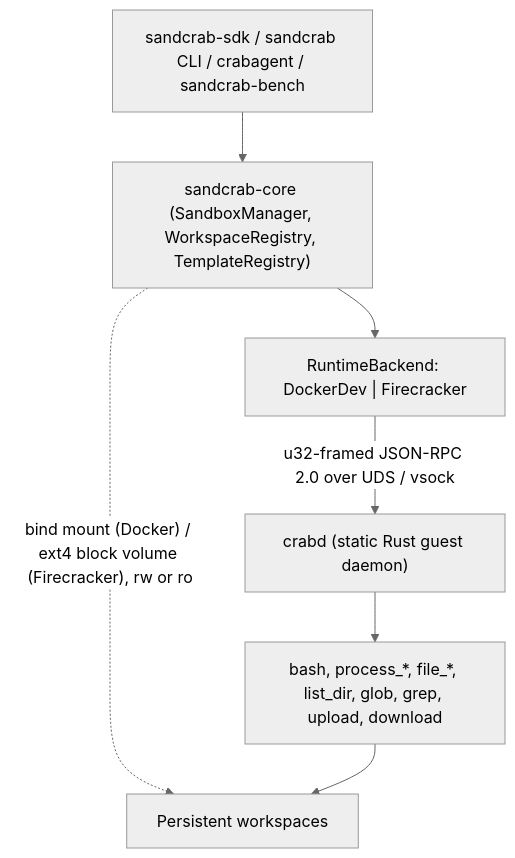
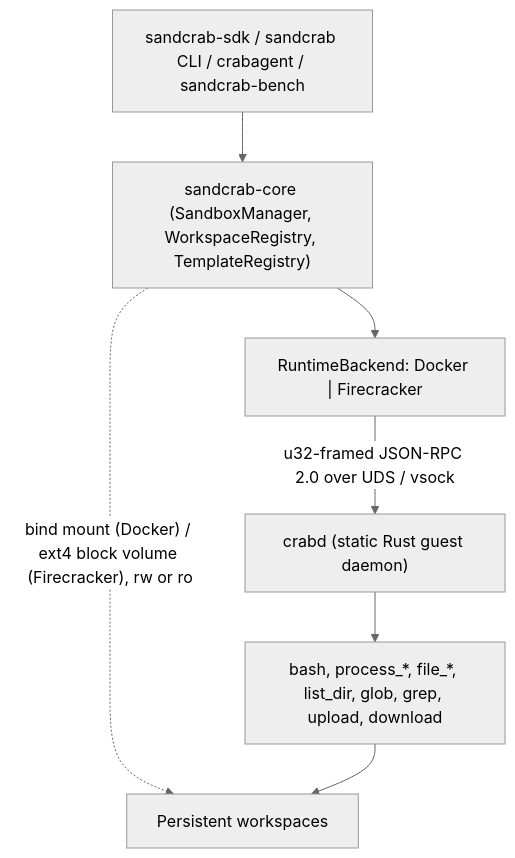
Before and after one commit to polvera-org/sandcrab: the diagram in README.md, drawn with Mermaid (neutral theme). The commit also changed other lines of this file and 2 other files, not shown here.

First line of the commit message:
docs: position Docker as an officially supported backend

````diff
--- a/README.md
+++ b/README.md
@@ -159,9 +171,9 @@
 ```mermaid
 flowchart TB
     Callers["sandcrab-sdk / sandcrab CLI / crabagent / sandcrab-bench"] --> Core["sandcrab-core (SandboxManager, WorkspaceRegistry, TemplateRegistry)"]
-    Core --> Backends["RuntimeBackend: DockerDev | Firecracker"]
+    Core --> Backends["RuntimeBackend: Docker | Firecracker"]
     Backends -- "u32-framed JSON-RPC 2.0 over UDS / vsock" --> Guest["crabd (static Rust guest daemon)"]
     Guest --> Tools["bash, process_*, file_*, list_dir, glob, grep, upload, download"]
     Core -. "bind mount (Docker) / ext4 block volume (Firecracker), rw or ro" .-> WS["Persistent workspaces"]
     Tools --> WS
 ```
````
